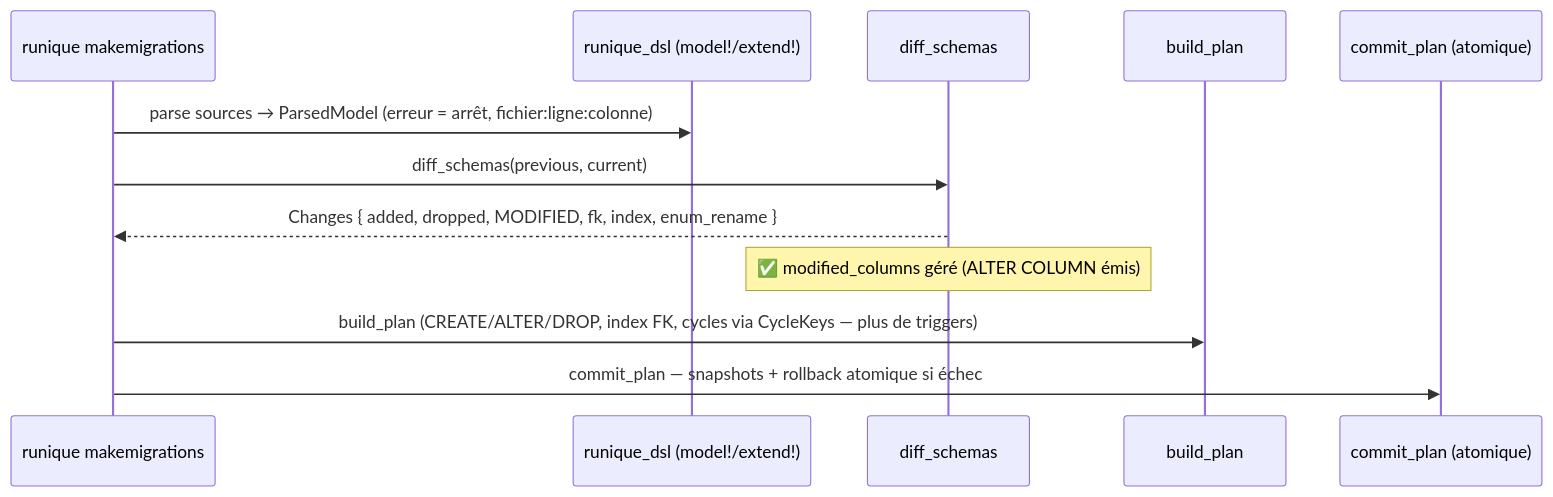
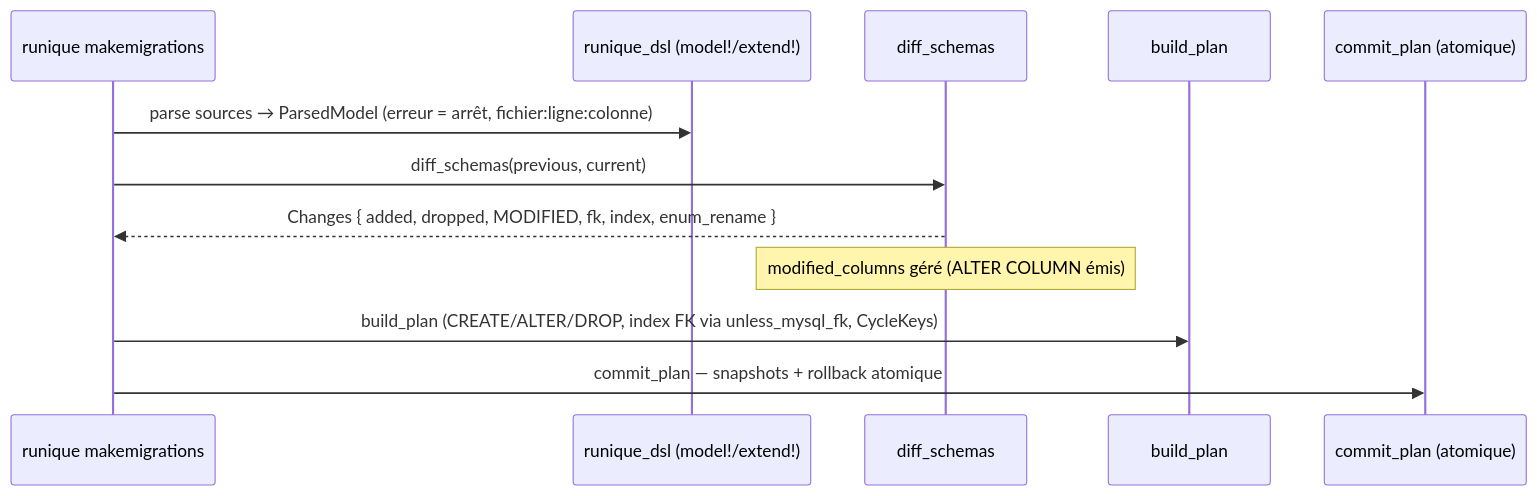
Before and after one commit to seb-alliot/runique: the fifth of 5 diagrams in diagramme/flux/admin-crud-reset-makemigrations.md, drawn with Mermaid. The commit also changed other lines of this file and 36 other files, not shown here.

````diff
--- a/diagramme/flux/admin-crud-reset-makemigrations.md
+++ b/diagramme/flux/admin-crud-reset-makemigrations.md
@@ -53,15 +118,15 @@
 ```mermaid
 sequenceDiagram
     participant CLI as runique makemigrations
     participant P as runique_dsl (model!/extend!)
     participant DS as diff_schemas
     participant PL as build_plan
     participant CM as commit_plan (atomique)
 
     CLI->>P: parse sources → ParsedModel (erreur = arrêt, fichier:ligne:colonne)
     CLI->>DS: diff_schemas(previous, current)
     DS-->>CLI: Changes { added, dropped, MODIFIED, fk, index, enum_rename }
-    Note over DS: ✅ modified_columns géré (ALTER COLUMN émis)
-    CLI->>PL: build_plan (CREATE/ALTER/DROP, index FK, cycles via CycleKeys — plus de triggers)
-    CLI->>CM: commit_plan — snapshots + rollback atomique si échec
+    Note over DS: modified_columns géré (ALTER COLUMN émis)
+    CLI->>PL: build_plan (CREATE/ALTER/DROP, index FK via unless_mysql_fk, CycleKeys)
+    CLI->>CM: commit_plan — snapshots + rollback atomique
 ```
````
